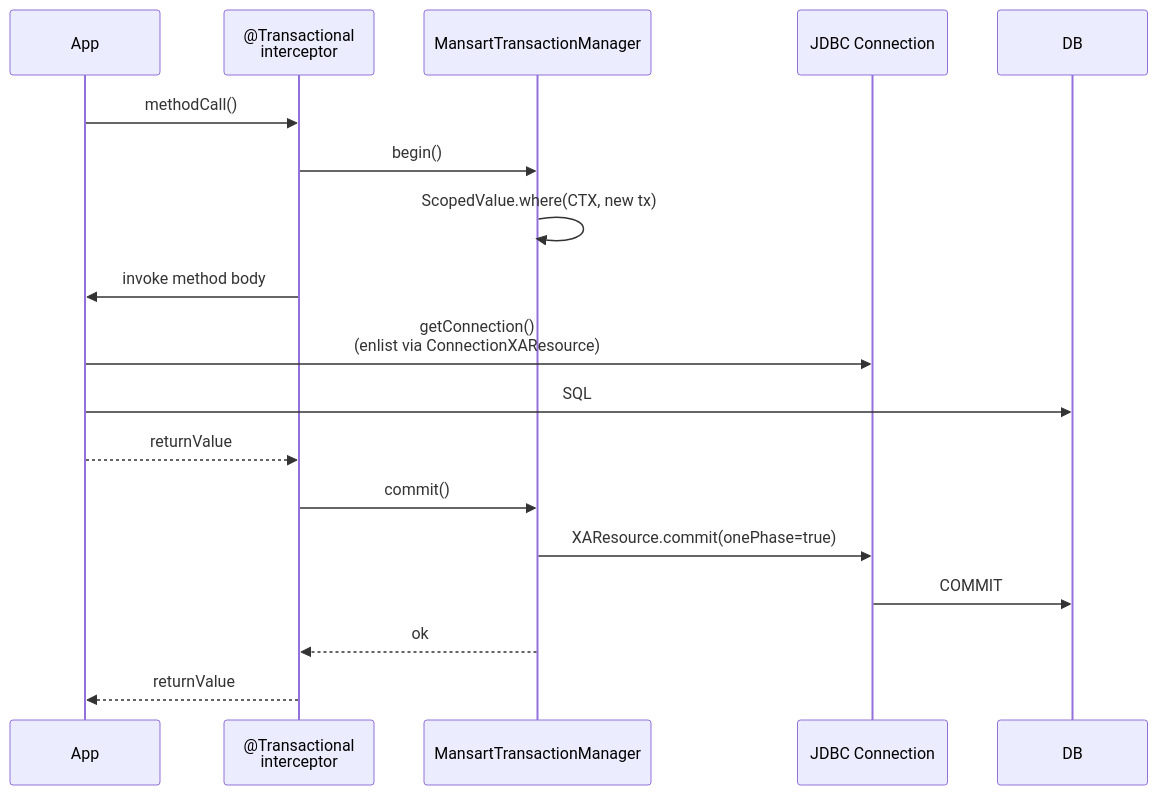
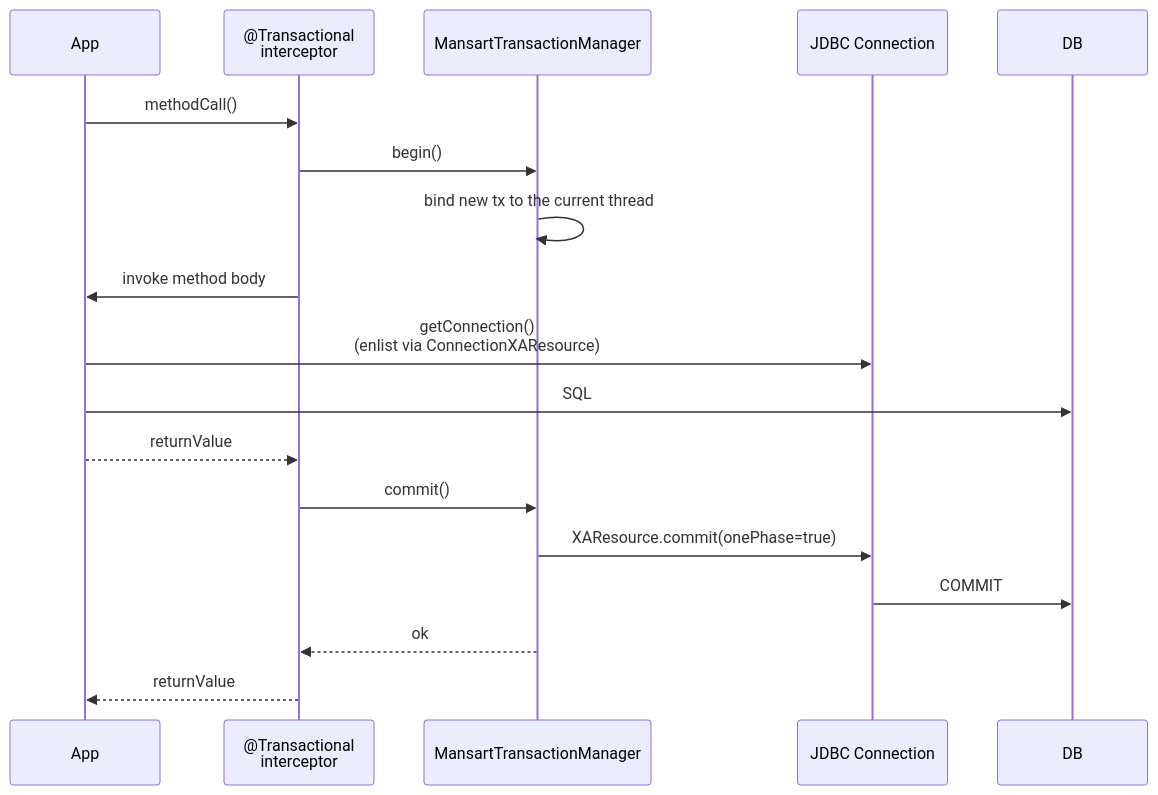
The diagram in docs/en/modules/ROOT/pages/modules/mansart-transactions.adoc (vidocq-stack/mansart), drawn with Mermaid before and after one commit. The commit also changed other lines of this file and 12 other files, not shown here.

```diff
--- a/docs/en/modules/ROOT/pages/modules/mansart-transactions.adoc
+++ b/docs/en/modules/ROOT/pages/modules/mansart-transactions.adoc
@@ -48,22 +48,22 @@
 [mermaid]
 ....
 sequenceDiagram
     participant App
     participant Interceptor as @Transactional<br/>interceptor
     participant TM as MansartTransactionManager
     participant Conn as JDBC Connection
     participant DB
 
     App->>Interceptor: methodCall()
     Interceptor->>TM: begin()
-    TM->>TM: ScopedValue.where(CTX, new tx)
+    TM->>TM: bind new tx to the current thread
     Interceptor->>App: invoke method body
     App->>Conn: getConnection()<br/>(enlist via ConnectionXAResource)
     App->>DB: SQL
     App-->>Interceptor: returnValue
     Interceptor->>TM: commit()
     TM->>Conn: XAResource.commit(onePhase=true)
     Conn->>DB: COMMIT
     TM-->>Interceptor: ok
     Interceptor-->>App: returnValue
 ....
```
